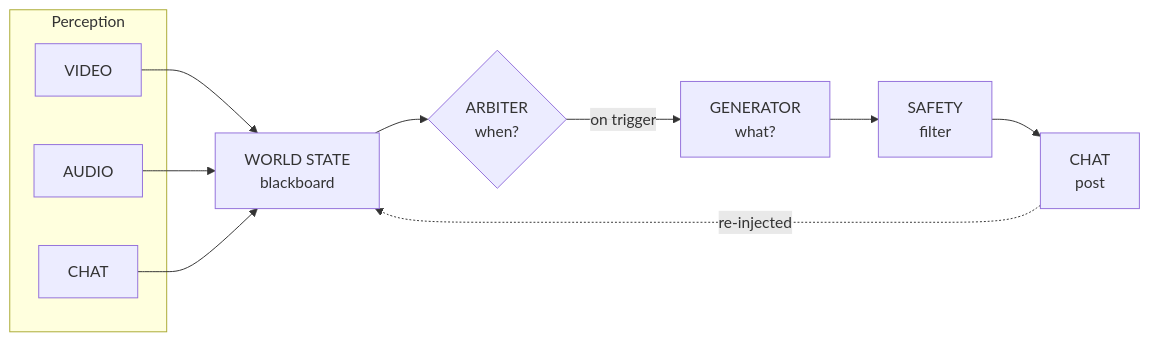
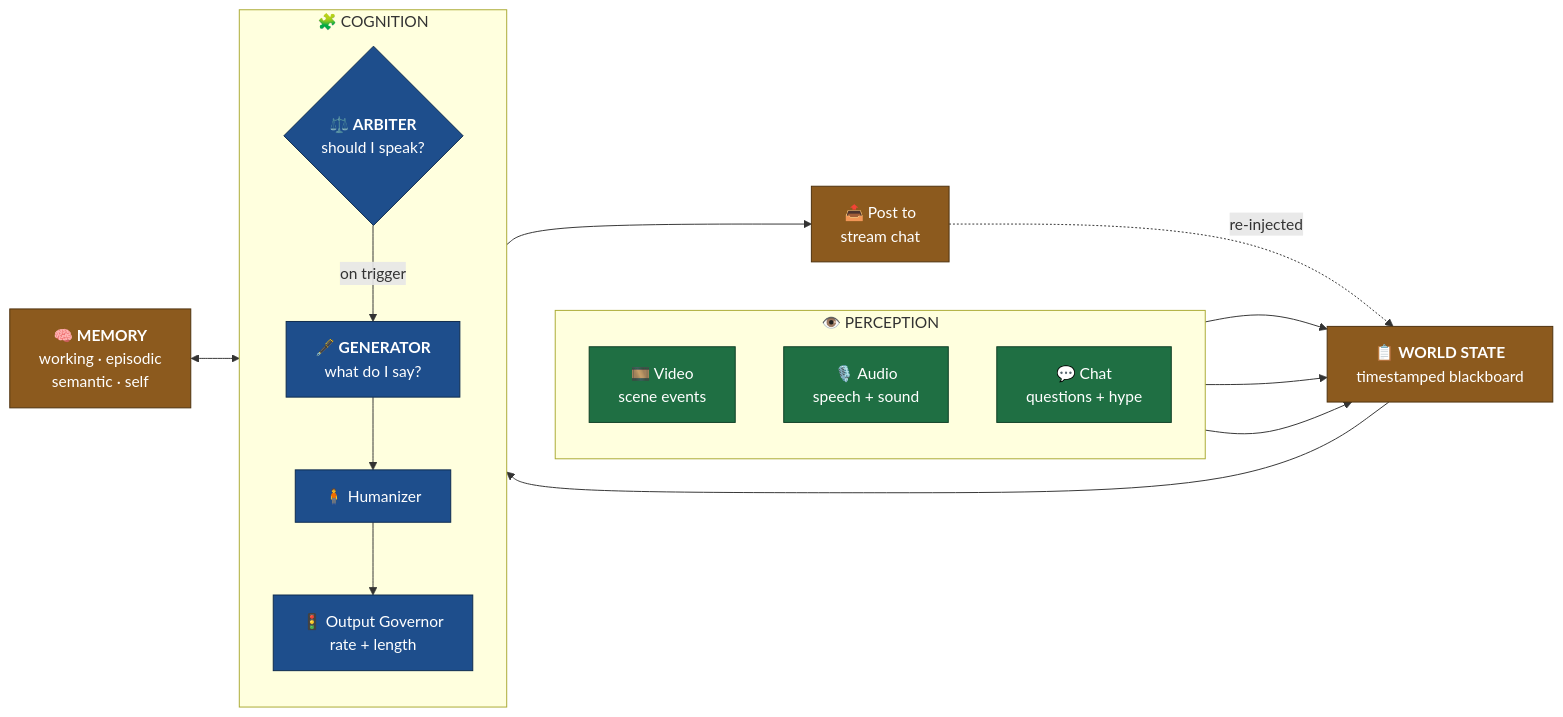
Before and after one commit to OxMarco/Lingus: the first of 2 diagrams in README.md, drawn with Mermaid. The commit also changed other lines of this file and 3 other files, not shown here.

````diff
--- a/README.md
+++ b/README.md
@@ -92,22 +160,38 @@
 ```mermaid
 flowchart LR
-    subgraph perception[Perception]
-        VIDEO[VIDEO]
-        AUDIO[AUDIO]
-        CHAT_IN[CHAT]
+    subgraph P[" 👁️ PERCEPTION "]
+        direction TB
+        VIDEO["🎞️ Video<br/>scene events"]
+        AUDIO["🎙️ Audio<br/>speech + sound"]
+        CHATIN["💬 Chat<br/>questions + hype"]
     end
-    WS[WORLD STATE<br/>blackboard]
-    ARB{ARBITER<br/>when?}
-    GEN[GENERATOR<br/>what?]
-    SAFE[SAFETY<br/>filter]
-    POST[CHAT<br/>post]
+
+    WS["📋 <b>WORLD STATE</b><br/>timestamped blackboard"]
+
+    subgraph C[" 🧩 COGNITION "]
+        direction TB
+        ARB{"⚖️ <b>ARBITER</b><br/>should I speak?"}
+        GEN["🖋️ <b>GENERATOR</b><br/>what do I say?"]
+        HUM["🧍 Humanizer"]
+        GOV["🚦 Output Governor<br/>rate + length"]
+    end
+
+    MEM["🧠 <b>MEMORY</b><br/>working · episodic<br/>semantic · self"]
+    POST["📤 Post to<br/>stream chat"]
 
     VIDEO --> WS
     AUDIO --> WS
-    CHAT_IN --> WS
+    CHATIN --> WS
     WS --> ARB
     ARB -->|on trigger| GEN
-    GEN --> SAFE
-    SAFE --> POST
+    MEM <--> GEN
+    GEN --> HUM --> GOV --> POST
     POST -.->|re-injected| WS
+
+    classDef perc fill:#1f6f43,stroke:#0d3d24,color:#fff
+    classDef cog fill:#1e4e8c,stroke:#0d2a4d,color:#fff
+    classDef state fill:#8c5a1e,stroke:#4d310d,color:#fff
+    class VIDEO,AUDIO,CHATIN perc
+    class ARB,GEN,HUM,GOV cog
+    class WS,MEM,POST state
 ```
````
